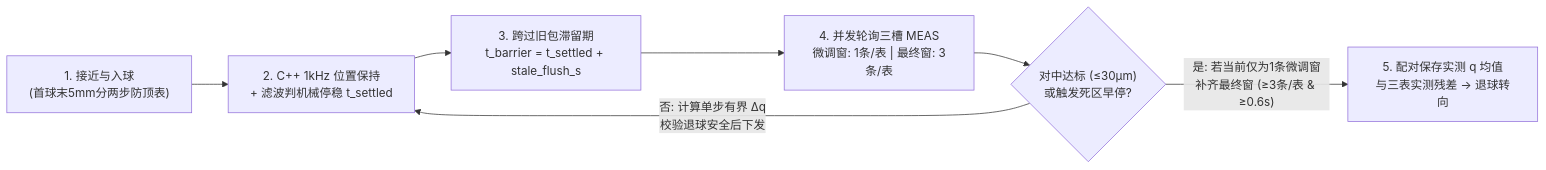
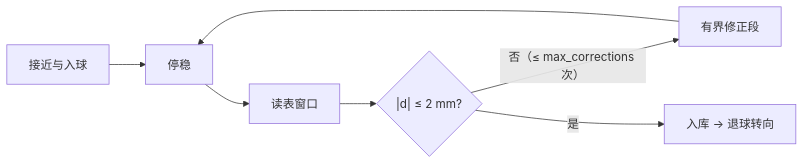
The diagram in docs/kinematics_refactoring_plan.md (starwey604/casbot_calib), drawn with Mermaid before and after one commit. The commit also changed other lines of this file and 4 other files, not shown here.

````diff
--- a/docs/kinematics_refactoring_plan.md
+++ b/docs/kinematics_refactoring_plan.md
@@ -91,9 +53,8 @@
 ```mermaid
 flowchart LR
-    A["1. 接近与入球<br/>(首球末5mm分两步防顶表)"] --> B["2. C++ 1kHz 位置保持<br/>+ 滤波判机械停稳 t_settled"]
-    B --> C["3. 跨过旧包滞留期<br/>t_barrier = t_settled + stale_flush_s"]
-    C --> D["4. 并发轮询三槽 MEAS<br/>微调窗: 1条/表 | 最终窗: 3条/表"]
-    D --> E{"对中达标 (≤30μm)<br/>或触发死区早停?"}
-    E -- "否: 计算单步有界 Δq<br/>校验退球安全后下发" --> B
-    E -- "是: 若当前仅为1条微调窗<br/>补齐最终窗 (≥3条/表 & ≥0.6s)" --> F["5. 配对保存实测 q 均值<br/>与三表实测残差 -> 退球转向"]
+    A["接近与入球"] --> B["停稳"]
+    B --> C["读表窗口"]
+    C --> D{"|d| ≤ 2 mm?"}
+    D -- "否（≤ max_corrections 次）" --> E["有界修正段"] --> B
+    D -- "是" --> F["入库 -> 退球转向"]
 ```
````
